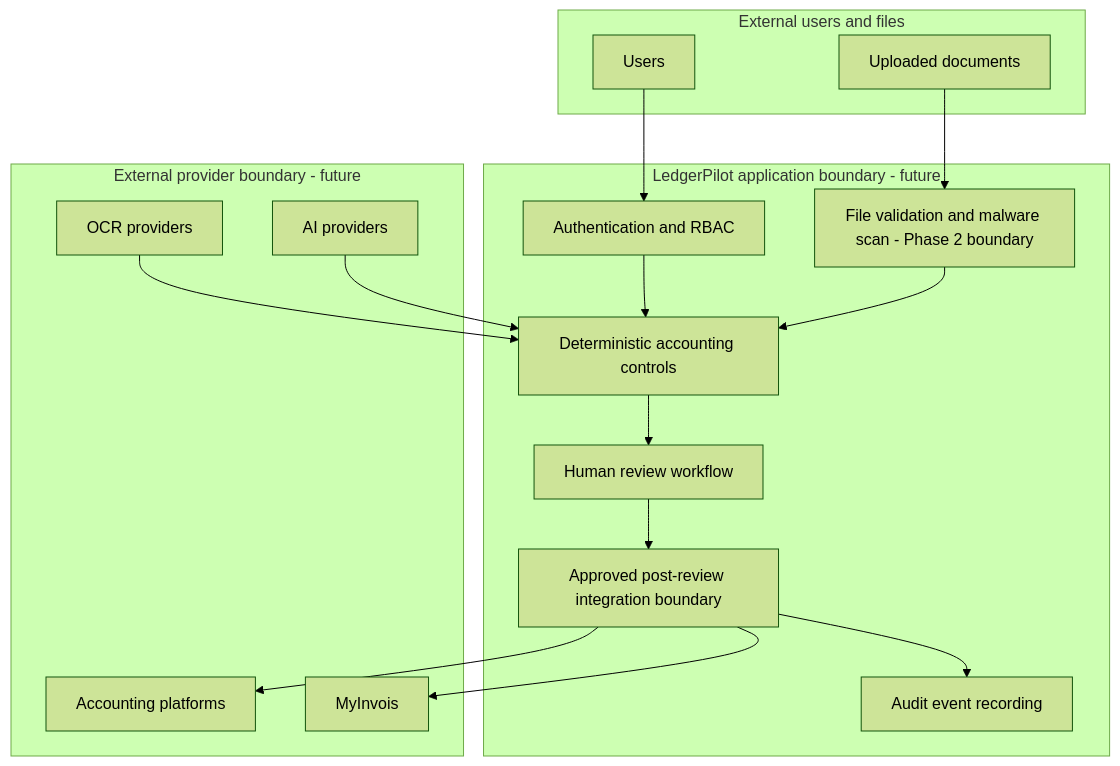
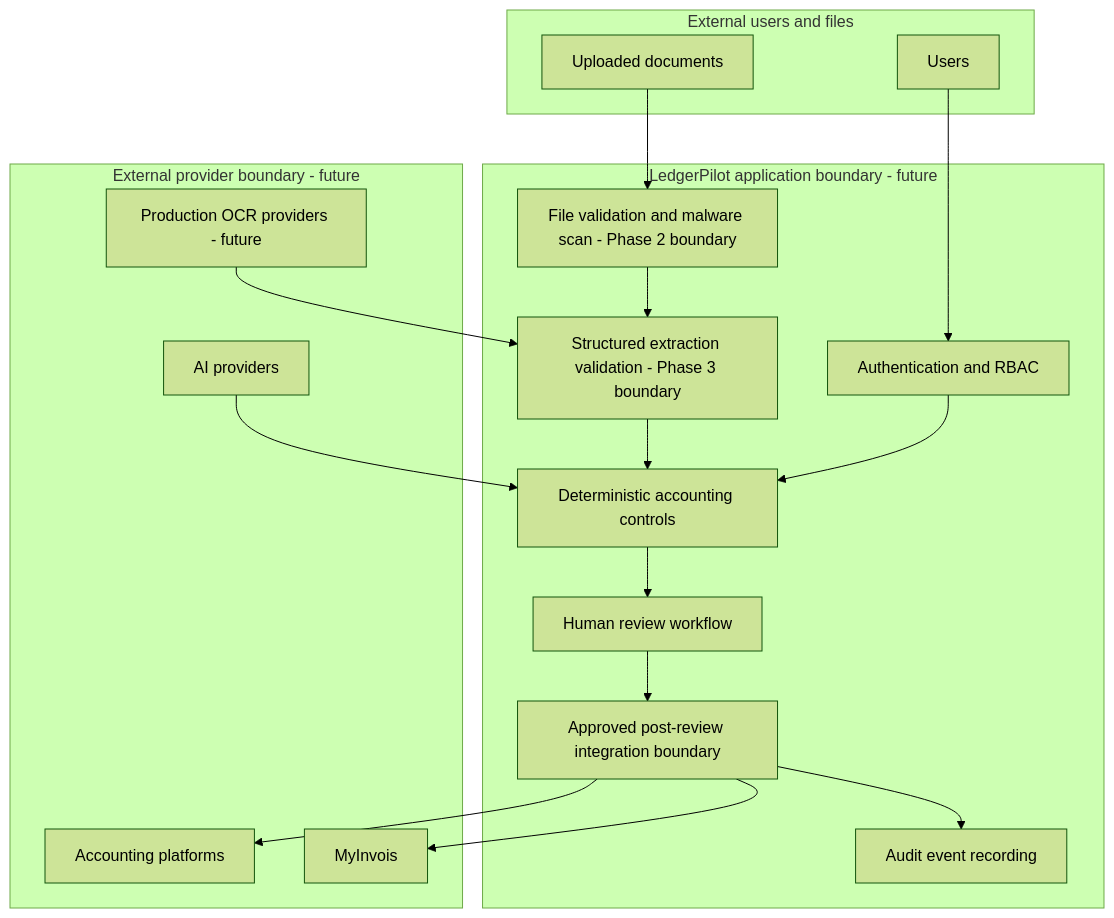
One commit to Linardi1328/ledgerpilot-ai changed the second of 2 diagrams in docs/ARCHITECTURE.md. Above: the diagram before and after it, drawn with Mermaid (forest theme). The commit also changed other lines of this file and 53 other files, not shown here.

Commit message:
feat: add Phase 3 structured extraction foundation

````diff
--- a/docs/ARCHITECTURE.md
+++ b/docs/ARCHITECTURE.md
@@ -104,32 +111,34 @@
 ```mermaid
 flowchart TB
     subgraph Public["External users and files"]
         U[Users]
         F[Uploaded documents]
     end
     subgraph App["LedgerPilot application boundary - future"]
         Auth[Authentication and RBAC]
         Val[File validation and malware scan - Phase 2 boundary]
+        Extract[Structured extraction validation - Phase 3 boundary]
         Core[Deterministic accounting controls]
         Review[Human review workflow]
         Approved[Approved post-review integration boundary]
         Audit[Audit event recording]
     end
     subgraph Providers["External provider boundary - future"]
-        OCR[OCR providers]
+        OCR[Production OCR providers - future]
         AI[AI providers]
         SQL[Accounting platforms]
         MY[MyInvois]
     end
     U --> Auth
     F --> Val
     Auth --> Core
-    Val --> Core
-    OCR --> Core
+    Val --> Extract
+    OCR --> Extract
+    Extract --> Core
     AI --> Core
     Core --> Review
     Review --> Approved
     Approved --> Audit
     Approved --> SQL
     Approved --> MY
 ```
````
